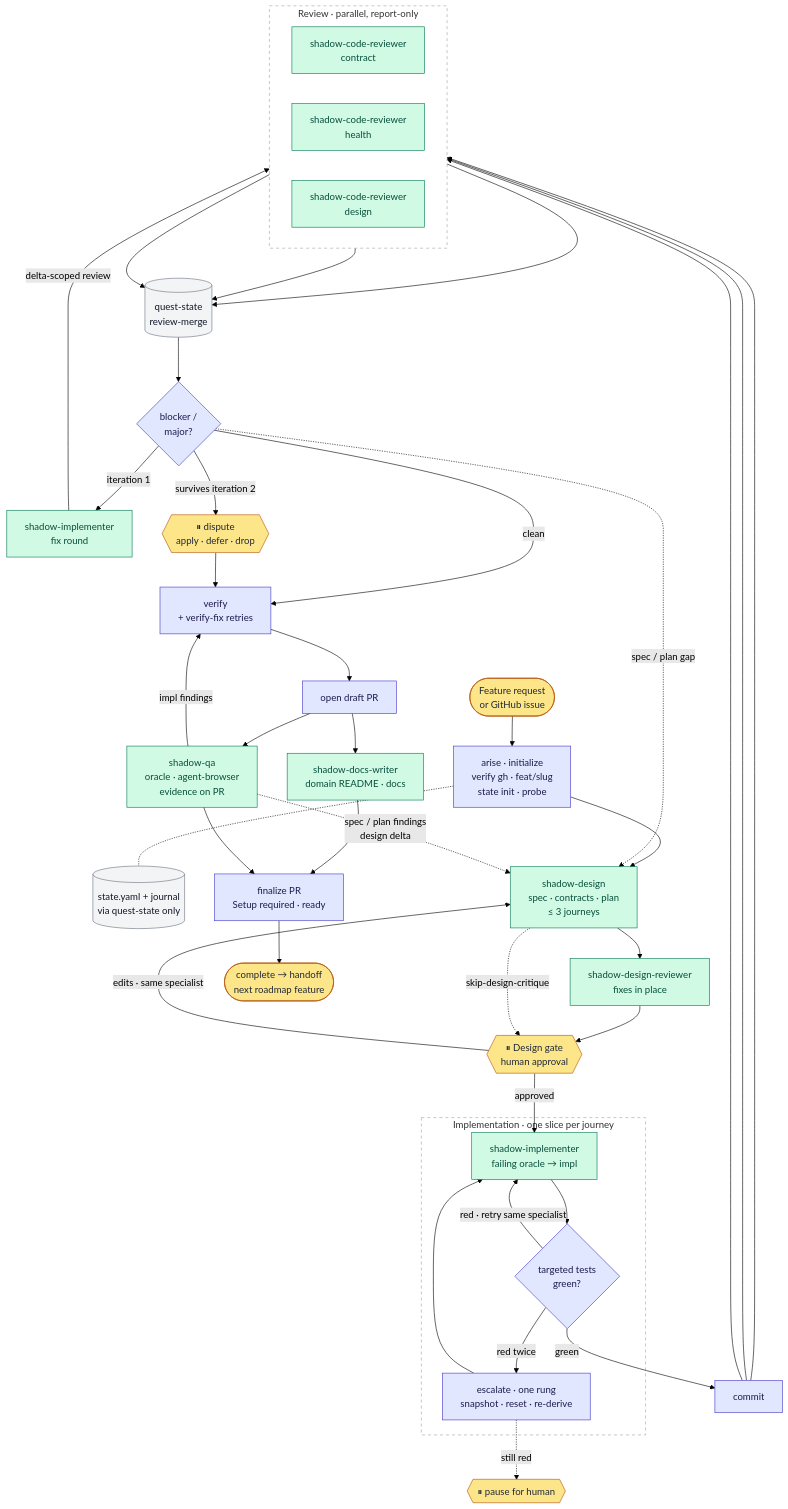
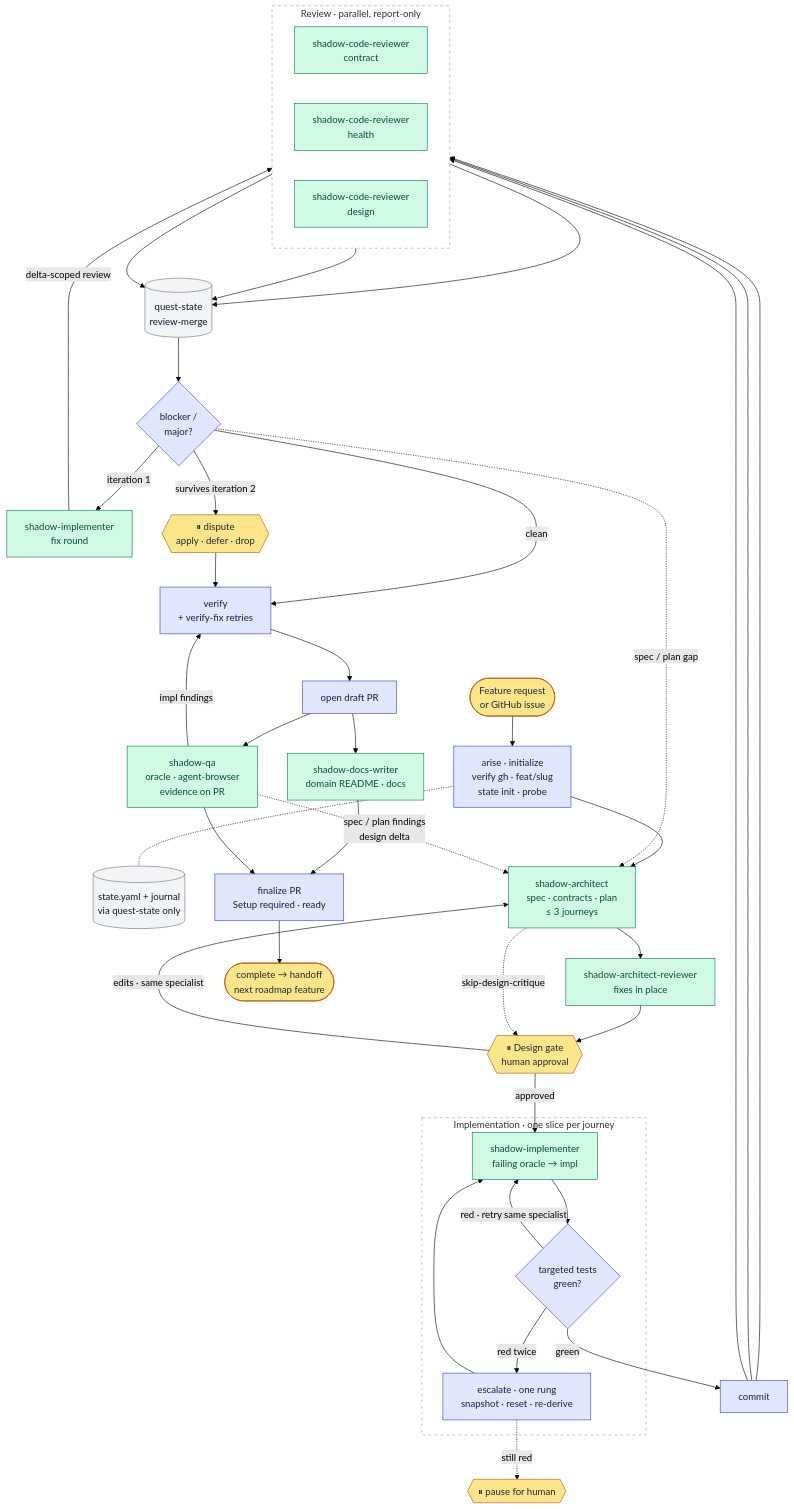
Before and after one commit to luisintosh/solodev: the diagram in README.md, drawn with Mermaid (forest theme). The commit also changed other lines of this file and 53 other files, not shown here.

First line of the commit message:
refactor: rename arise to commander, arise-plan to shadow-product-owner, shadow-design to shadow-architect

````diff
--- a/README.md
+++ b/README.md
@@ -110,60 +110,60 @@
 ```mermaid
 flowchart TD
   req(["Feature request<br/>or GitHub issue"]):::human
   init["arise · initialize<br/>verify gh · feat/slug<br/>state init · probe"]:::conductor
   state[("state.yaml + journal<br/>via quest-state only")]:::state
-  design["shadow-design<br/>spec · contracts · plan<br/>≤ 3 journeys"]:::agent
-  critique["shadow-design-reviewer<br/>fixes in place"]:::agent
+  design["shadow-architect<br/>spec · contracts · plan<br/>≤ 3 journeys"]:::agent
+  critique["shadow-architect-reviewer<br/>fixes in place"]:::agent
   gate{{"⏸ Design gate<br/>human approval"}}:::human
 
   req --> init --> design
   init -.- state
   design --> critique --> gate
   design -.->|skip-design-critique| gate
   gate -->|"edits · same specialist"| design
 
   subgraph impl["Implementation · one slice per journey"]
     implementer["shadow-implementer<br/>failing oracle → impl"]:::agent
     sensors{"targeted tests<br/>green?"}:::conductor
     escalate["escalate · one rung<br/>snapshot · reset · re-derive"]:::conductor
     implementer --> sensors
     sensors -->|"red · retry same specialist"| implementer
     sensors -->|red twice| escalate --> implementer
   end
 
   gate -->|approved| implementer
   escalate -.->|still red| pause{{"⏸ pause for human"}}:::human
   sensors -->|green| commit["commit"]:::conductor
 
   subgraph review["Review · parallel, report-only"]
     direction LR
     rc["shadow-code-reviewer<br/>contract"]:::agent
     rh["shadow-code-reviewer<br/>health"]:::agent
     rd["shadow-code-reviewer<br/>design"]:::agent
   end
 
   commit --> rc & rh & rd
   rc & rh & rd --> merge[("quest-state<br/>review-merge")]:::state
   merge --> triage{"blocker /<br/>major?"}:::conductor
   triage -->|iteration 1| fix["shadow-implementer<br/>fix round"]:::agent
   fix -->|delta-scoped review| review
   triage -->|survives iteration 2| dispute{{"⏸ dispute<br/>apply · defer · drop"}}:::human
   triage -.->|spec / plan gap| design
   triage -->|clean| verify
   dispute --> verify
 
   verify["verify<br/>+ verify-fix retries"]:::conductor --> pr["open draft PR"]:::conductor
   pr --> docs["shadow-docs-writer<br/>domain README · docs"]:::agent
   pr --> qa["shadow-qa<br/>oracle · agent-browser<br/>evidence on PR"]:::agent
   qa -->|impl findings| verify
   qa -.->|"spec / plan findings<br/>design delta"| design
   docs & qa --> finalize["finalize PR<br/>Setup required · ready"]:::conductor
   finalize --> done(["complete → handoff<br/>next roadmap feature"]):::human
 
   classDef human fill:#fde68a,stroke:#b45309,color:#1f2937
   classDef conductor fill:#e0e7ff,stroke:#4338ca,color:#1e1b4b
   classDef agent fill:#d1fae5,stroke:#047857,color:#064e3b
   classDef state fill:#f3f4f6,stroke:#6b7280,color:#111827
   style impl fill:transparent,stroke:#9ca3af,stroke-dasharray:5 5
   style review fill:transparent,stroke:#9ca3af,stroke-dasharray:5 5
 ```
````
